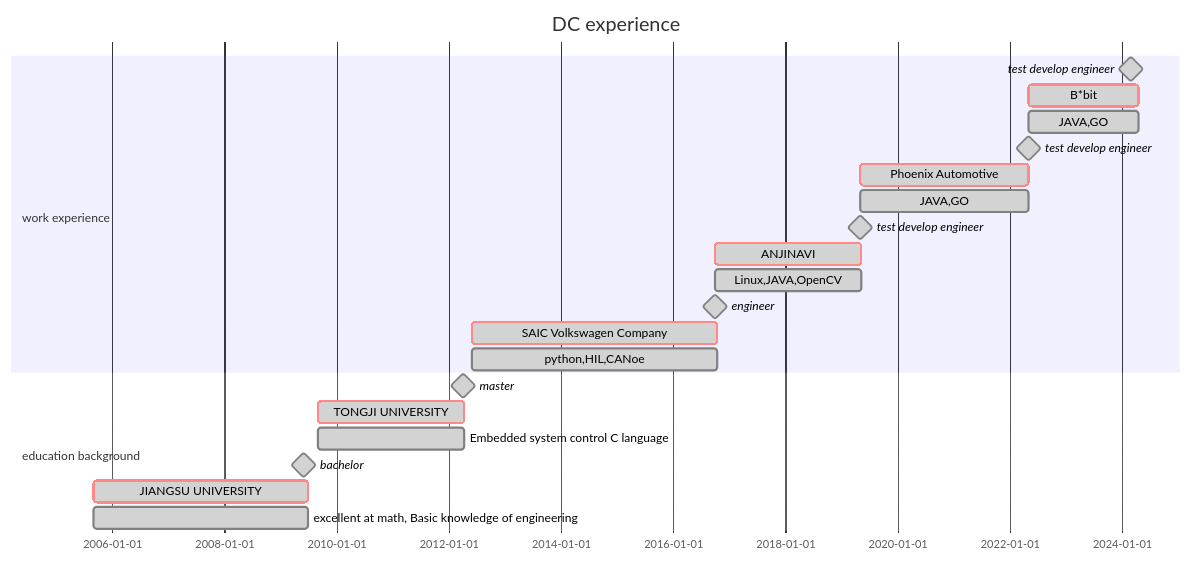
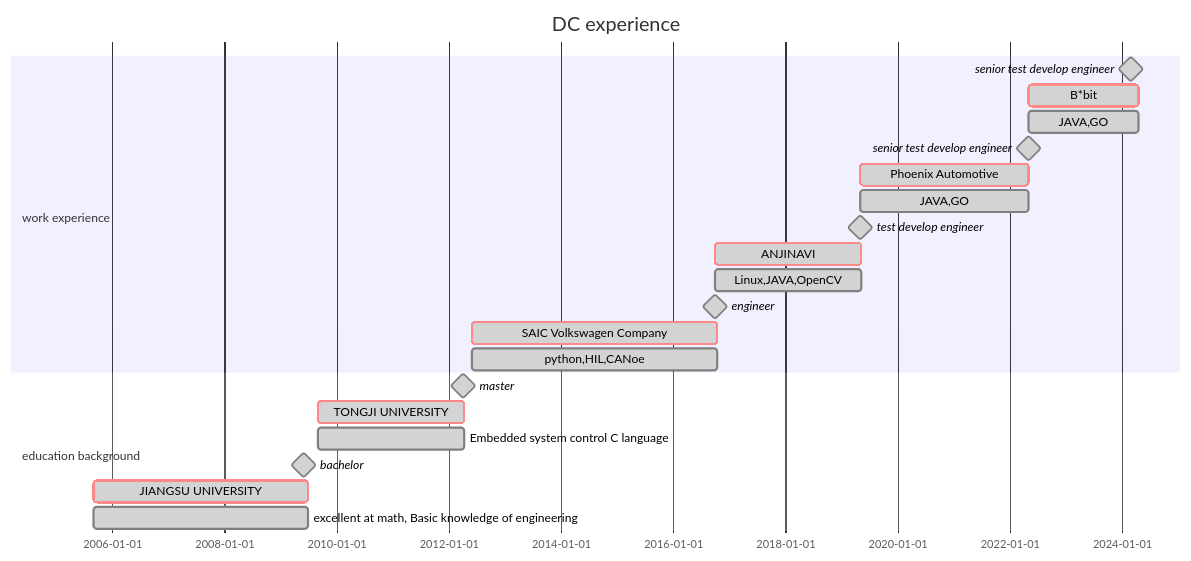
One commit to DC-Melo/README changed the diagram in README.md. Above: the diagram before and after it, drawn with Mermaid. The commit also changed other lines of this file, not shown here.

````diff
--- a/README.md
+++ b/README.md
@@ -31,27 +31,27 @@
 ```mermaid
 gantt
 title DC experience 
 dateFormat  YYYY-MM
 
 section work experience
-test develop engineer   : done , milestone , level   , 2024-03 , 0d
-B*bit                   : crit , done      , stage   , 2022-05 , 720d
-JAVA,GO                 : done , get skill , 2022-05 , 720d
-test develop engineer   : done , milestone , level   , 2022-05 , 0d
-Phoenix Automotive      : crit , done      , stage   , 2019-05 , 1100d
-JAVA,GO                 : done , get skill , 2019-05 , 1100d
-test develop engineer   : done , milestone , level   , 2019-05 , 0d
-ANJINAVI                : crit , done      , stage   , 2016-10 , 950d
-Linux,JAVA,OpenCV       : done , get skill , 2016-10 , 950d
-engineer                : done , milestone , level   , 2016-10 , 0d
-SAIC Volkswagen Company : crit , done      , stage   , 2012-06 , 1600d
-python,HIL,CANoe        : done , get skill , 2012-06 , 1600d
+senior test develop engineer : done , milestone , level   , 2024-03 , 0d
+B*bit                        : crit , done      , stage   , 2022-05 , 720d
+JAVA,GO                      : done , get skill , 2022-05 , 720d
+senior test develop engineer : done , milestone , level   , 2022-05 , 0d
+Phoenix Automotive           : crit , done      , stage   , 2019-05 , 1100d
+JAVA,GO                      : done , get skill , 2019-05 , 1100d
+test develop engineer        : done , milestone , level   , 2019-05 , 0d
+ANJINAVI                     : crit , done      , stage   , 2016-10 , 950d
+Linux,JAVA,OpenCV            : done , get skill , 2016-10 , 950d
+engineer                     : done , milestone , level   , 2016-10 , 0d
+SAIC Volkswagen Company      : crit , done      , stage   , 2012-06 , 1600d
+python,HIL,CANoe             : done , get skill , 2012-06 , 1600d
 
 section education background
 master                                            : done , milestone , level   , 2012-04 , 0d
 TONGJI UNIVERSITY                                 : crit , done      , stage   , 2009-09 , 950d
 Embedded system control C language                : done , get skill , 2009-09 , 950d
 bachelor                                          : done , milestone , level   , 2009-06 , 0d
 JIANGSU UNIVERSITY                                : crit , done      , stage   , 2005-09 , 1400d
 excellent at math, Basic knowledge of engineering : done , get skill , 2005-09 , 1400d
 ```
````
